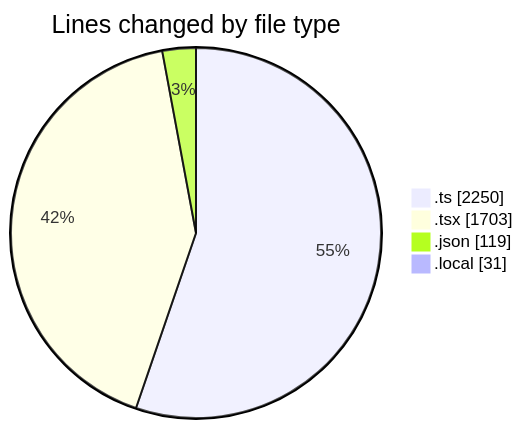
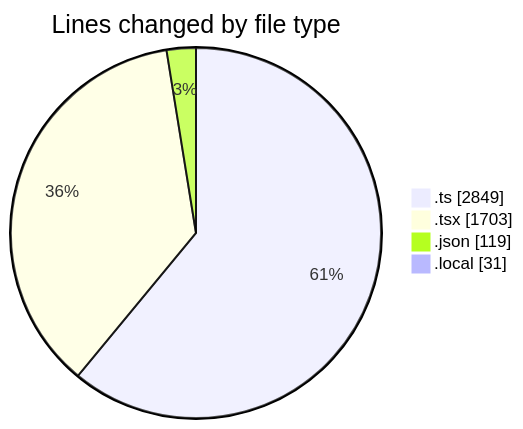
The first of 2 diagrams in 2025-11-10/eventscop-frontend-guide__workspace_/README.md (julien-gomy/code-tracking), drawn with Mermaid before and after one commit. The commit also changed other lines of this file and 1 other file, not shown here.

````diff
--- a/2025-11-10/eventscop-frontend-guide__workspace_/README.md
+++ b/2025-11-10/eventscop-frontend-guide__workspace_/README.md
@@ -48,8 +49,8 @@
 ```mermaid
 pie showData
 title Lines changed by file type
-".ts" : 2250
+".ts" : 2849
 ".tsx" : 1703
 ".json" : 119
 ".local" : 31
 ```
````
